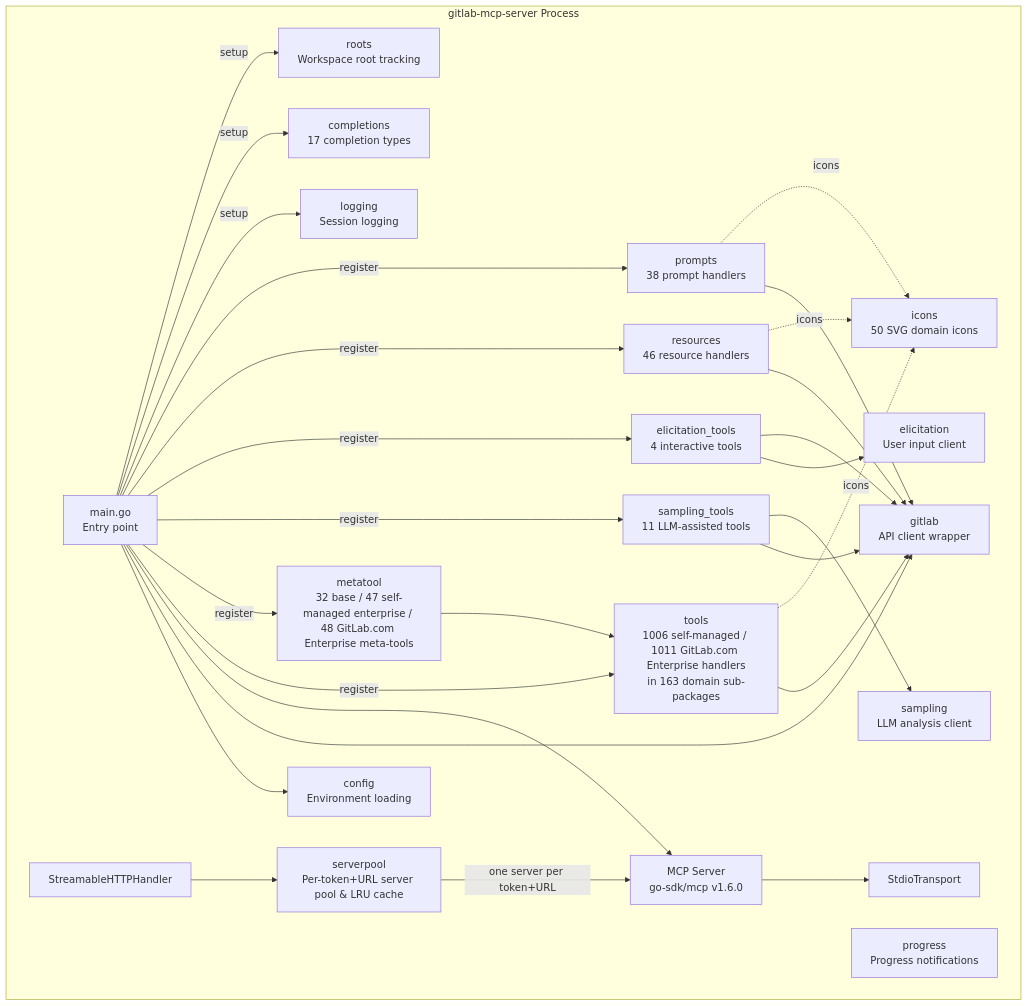
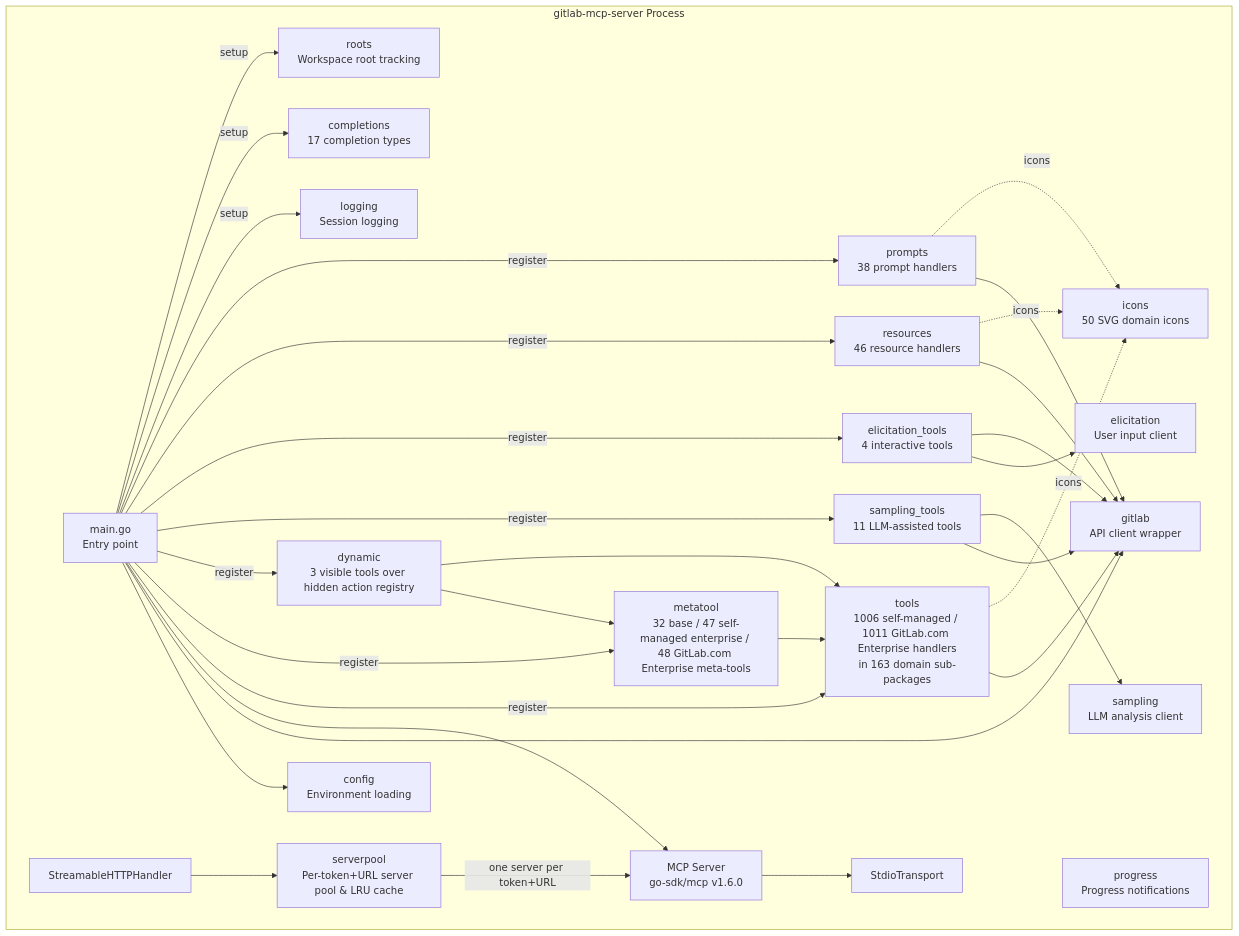
One commit to jmrplens/gitlab-mcp-server changed the third of 11 diagrams in docs/architecture.md. Above: the diagram before and after it, drawn with Mermaid. The commit also changed other lines of this file and 31 other files, not shown here.

````diff
--- a/docs/architecture.md
+++ b/docs/architecture.md
@@ -64,52 +64,56 @@
 ```mermaid
 graph TD
     subgraph "gitlab-mcp-server Process"
         MAIN[main.go<br/>Entry point]
         CFG[config<br/>Environment loading]
         GL[gitlab<br/>API client wrapper]
         TOOLS[tools<br/>1006 self-managed / 1011 GitLab.com Enterprise handlers<br/>in 163 domain sub-packages]
         META[metatool<br/>32 base / 47 self-managed enterprise / 48 GitLab.com Enterprise meta-tools]
+        DYN[dynamic<br/>3 visible tools over hidden action registry]
         SAMP[sampling_tools<br/>11 LLM-assisted tools]
         ELIC[elicitation_tools<br/>4 interactive tools]
         RES[resources<br/>46 resource handlers]
         PROMPTS[prompts<br/>38 prompt handlers]
         LOG[logging<br/>Session logging]
         COMP[completions<br/>17 completion types]
         ROOTS[roots<br/>Workspace root tracking]
         PROG[progress<br/>Progress notifications]
         SAMPLING[sampling<br/>LLM analysis client]
         ELICIT[elicitation<br/>User input client]
         ICN[icons<br/>50 SVG domain icons]
         SRV[MCP Server<br/>go-sdk/mcp v1.6.0]
         STDIO[StdioTransport]
         HTTP[StreamableHTTPHandler]
         POOL[serverpool<br/>Per-token+URL server pool & LRU cache]
     end
 
     MAIN --> CFG
     MAIN --> GL
     MAIN --> SRV
     SRV --> STDIO
     HTTP --> POOL
     POOL -->|one server per token+URL| SRV
     TOOLS --> GL
     META --> TOOLS
+    DYN --> META
+    DYN --> TOOLS
     SAMP --> GL
     SAMP --> SAMPLING
     ELIC --> ELICIT
     ELIC --> GL
     RES --> GL
     PROMPTS --> GL
     MAIN -->|register| TOOLS
     MAIN -->|register| META
+    MAIN -->|register| DYN
     MAIN -->|register| SAMP
     MAIN -->|register| ELIC
     MAIN -->|register| RES
     MAIN -->|register| PROMPTS
     TOOLS -.->|icons| ICN
     RES -.->|icons| ICN
     PROMPTS -.->|icons| ICN
     MAIN -->|setup| LOG
     MAIN -->|setup| COMP
     MAIN -->|setup| ROOTS
 ```
````
